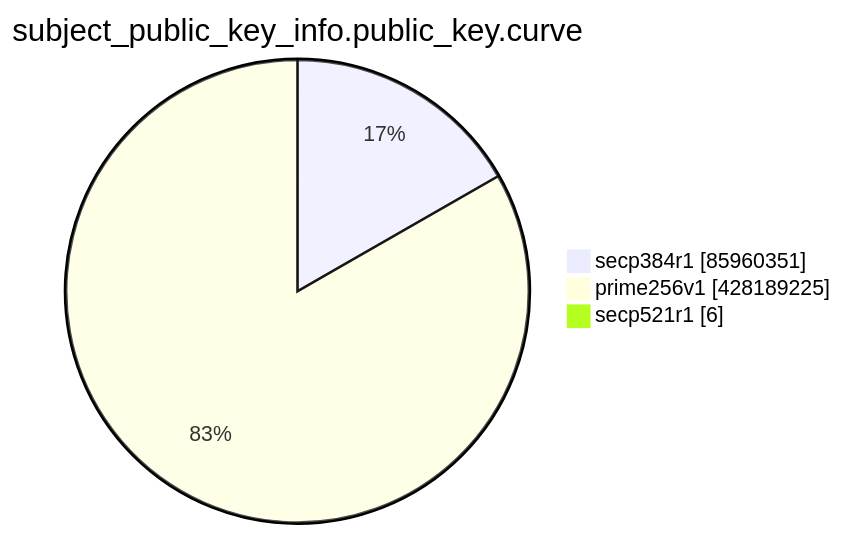
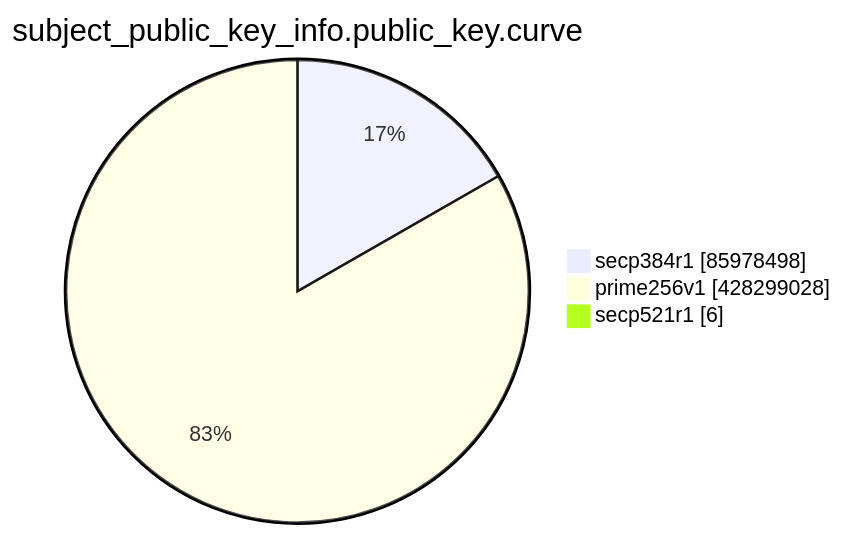
Before and after one commit to christiankrug/ctmonitor_visualization: the eighth of 15 diagrams in TOTAL/README.md, drawn with Mermaid. The commit also changed other lines of this file, not shown here.

````diff
--- a/TOTAL/README.md
+++ b/TOTAL/README.md
@@ -3100,7 +3100,7 @@
 ```mermaid
 pie showData
 title subject_public_key_info.public_key.curve
-"secp384r1" :85960351
-"prime256v1" :428189225
+"secp384r1" :85978498
+"prime256v1" :428299028
 "secp521r1" :6
 ```
````
